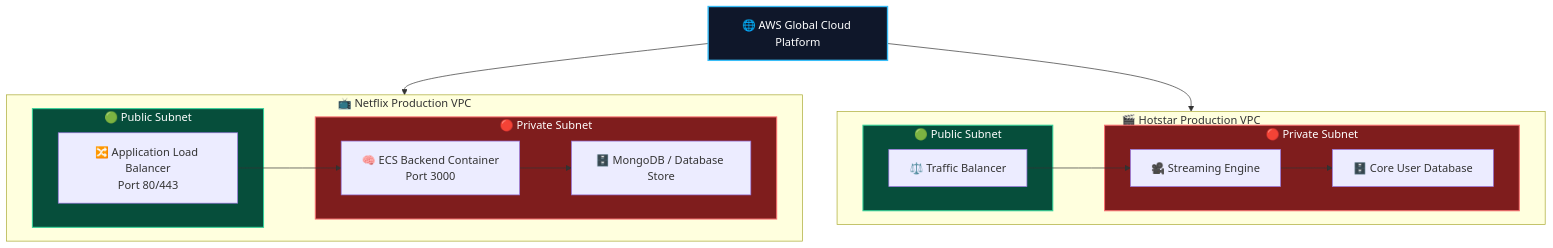
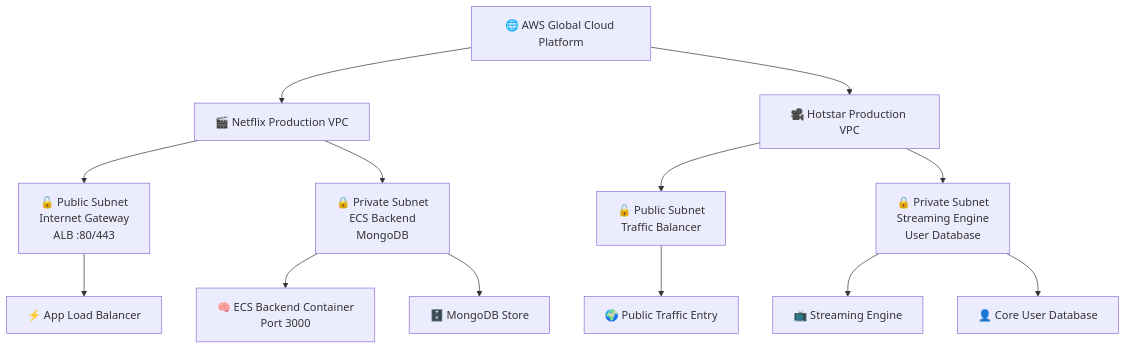
Before and after one commit to vineet-dwivedi/Docker: the first of 2 diagrams in AWS-Microservices/AWS-notes.md, drawn with Mermaid. The commit also changed other lines of this file, not shown here.

Commit message:
Notes fix

````diff
--- a/AWS-Microservices/AWS-notes.md
+++ b/AWS-Microservices/AWS-notes.md
@@ -141,41 +136,19 @@
 ```mermaid
 flowchart TB
-    AWS["🌐 AWS Global Cloud Platform"]
+    A[🌐 AWS Global Cloud Platform] --> B[🎬 Netflix Production VPC]
+    A --> C[🎥 Hotstar Production VPC]
 
-    subgraph Netflix["📺 Netflix Production VPC"]
-        direction LR
-        subgraph NPublic["🟢 Public Subnet"]
-            ALB["🔀 Application Load Balancer<br/>Port 80/443"]
-        end
-        subgraph NPrivate["🔴 Private Subnet"]
-            ECS["🧠 ECS Backend Container<br/>Port 3000"]
-            DB["🗄️ MongoDB / Database Store"]
-        end
-        ALB --> ECS
-        ECS --> DB
-    end
+    B --> B1[🔓 Public Subnet<br/>Internet Gateway<br/>ALB :80/443]
+    B --> B2[🔒 Private Subnet<br/>ECS Backend<br/>MongoDB]
 
-    subgraph Hotstar["🎬 Hotstar Production VPC"]
-        direction LR
-        subgraph HPublic["🟢 Public Subnet"]
-            TB["⚖️ Traffic Balancer"]
-        end
-        subgraph HPrivate["🔴 Private Subnet"]
-            SE["🎥 Streaming Engine"]
-            UDB["🗄️ Core User Database"]
-        end
-        TB --> SE
-        SE --> UDB
-    end
+    C --> C1[🔓 Public Subnet<br/>Traffic Balancer]
+    C --> C2[🔒 Private Subnet<br/>Streaming Engine<br/>User Database]
 
-    AWS --> Netflix
-    AWS --> Hotstar
+    B1 --> B1a[⚡ App Load Balancer]
+    B2 --> B2a[🧠 ECS Backend Container<br/>Port 3000]
+    B2 --> B2b[🗄️ MongoDB Store]
 
-    classDef core fill:#0f172a,stroke:#38bdf8,color:#ffffff,stroke-width:2px;
-    classDef public fill:#064e3b,stroke:#34d399,color:#ffffff,stroke-width:1.5px;
-    classDef private fill:#7f1d1d,stroke:#f87171,color:#ffffff,stroke-width:1.5px;
-
-    class AWS core;
-    class NPublic,HPublic public;
-    class NPrivate,HPrivate private;
+    C1 --> C1a[🌍 Public Traffic Entry]
+    C2 --> C2a[📺 Streaming Engine]
+    C2 --> C2b[👤 Core User Database]
 ```
````
